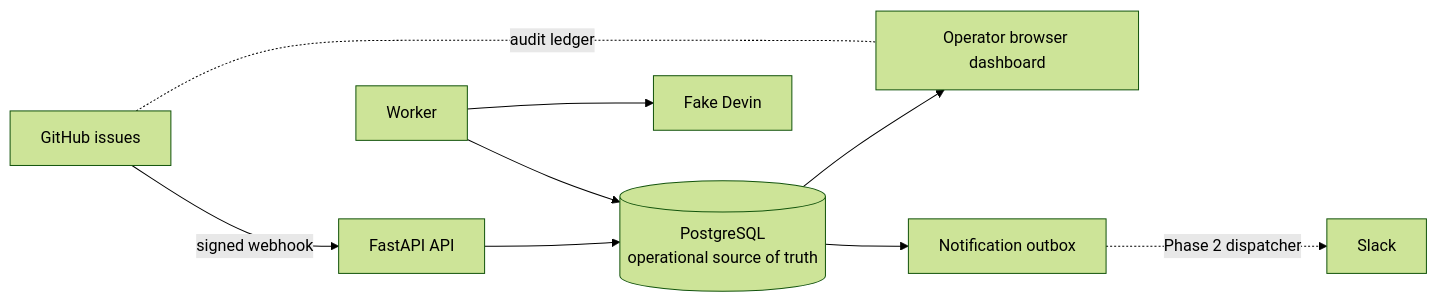
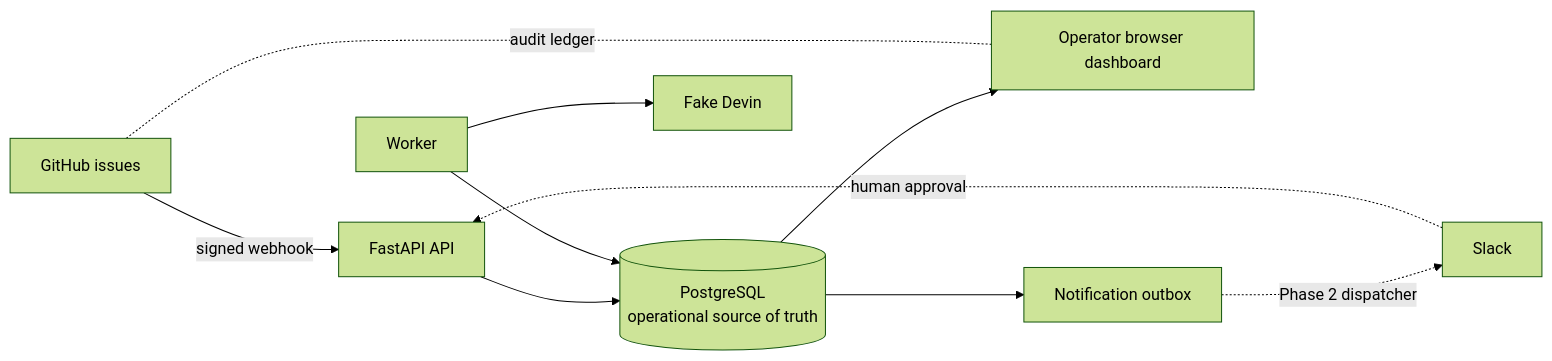
Before and after one commit to marcelaubry/superset-devin-remediator: the first of 2 diagrams in docs/architecture.md, drawn with Mermaid (forest theme). The commit also changed other lines of this file and 29 other files, not shown here.

````diff
--- a/docs/architecture.md
+++ b/docs/architecture.md
@@ -19,11 +19,12 @@
 ```mermaid
 flowchart LR
   GH[GitHub issues] -->|signed webhook| API[FastAPI API]
   API --> DB[(PostgreSQL\noperational source of truth)]
   W[Worker] --> DB
   W --> D[Fake Devin]
   DB --> UI[Operator browser dashboard]
   DB --> O[Notification outbox]
   O -. Phase 2 dispatcher .-> SL[Slack]
+  SL -. human approval .-> API
   GH -. audit ledger .- UI
 ```
````
